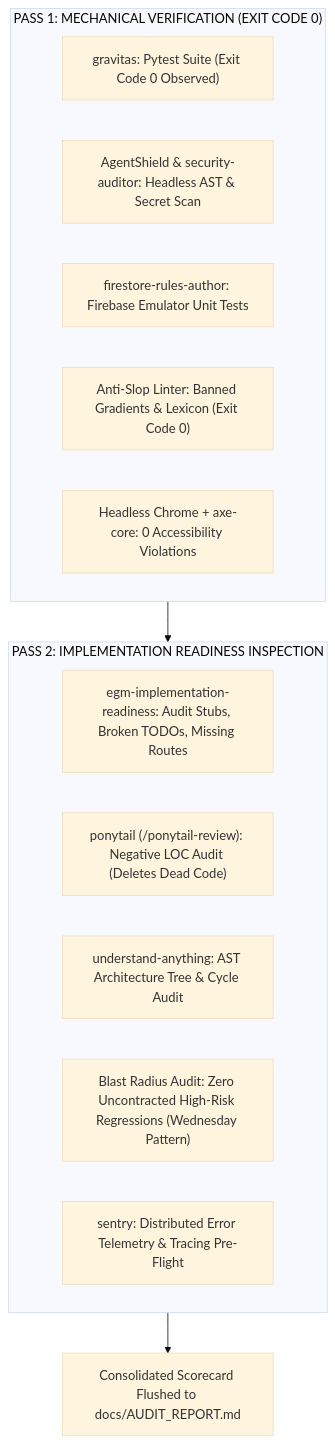
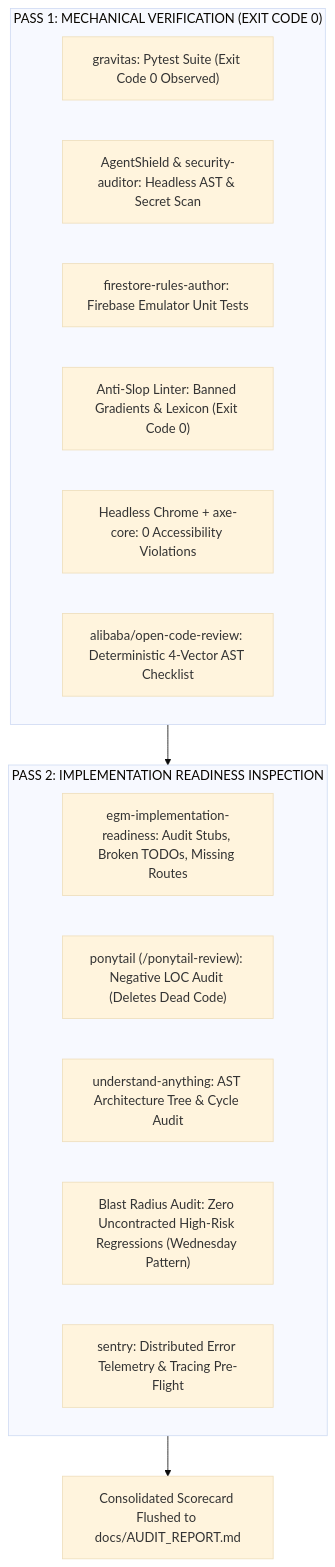
One commit to VihaanR/sprint-system changed the diagram in skills/phase-audit/SKILL.md. Above: the diagram before and after it, drawn with Mermaid (base theme). The commit also changed other lines of this file and 7 other files, not shown here.

Commit message:
feat(yagni): inline 6 community patterns (AG-UI, Heretic, Last30Days, SkillEvaluator, TradingSkills, OpenCodeReview) into core phases

````diff
--- a/skills/phase-audit/SKILL.md
+++ b/skills/phase-audit/SKILL.md
@@ -17,20 +17,21 @@
 ```mermaid
 flowchart TD
     subgraph P1["PASS 1: MECHANICAL VERIFICATION (EXIT CODE 0)"]
         M1["gravitas: Pytest Suite (Exit Code 0 Observed)"]
         M2["AgentShield & security-auditor: Headless AST & Secret Scan"]
         M3["firestore-rules-author: Firebase Emulator Unit Tests"]
         M4["Anti-Slop Linter: Banned Gradients & Lexicon (Exit Code 0)"]
         M5["Headless Chrome + axe-core: 0 Accessibility Violations"]
+        M6["alibaba/open-code-review: Deterministic 4-Vector AST Checklist"]
     end
 
     subgraph P2["PASS 2: IMPLEMENTATION READINESS INSPECTION"]
         R1["egm-implementation-readiness: Audit Stubs, Broken TODOs, Missing Routes"]
         R2["ponytail (/ponytail-review): Negative LOC Audit (Deletes Dead Code)"]
         R3["understand-anything: AST Architecture Tree & Cycle Audit"]
         R4["Blast Radius Audit: Zero Uncontracted High-Risk Regressions (Wednesday Pattern)"]
         R5["sentry: Distributed Error Telemetry & Tracing Pre-Flight"]
     end
 
     P1 --> P2 --> SCORE["Consolidated Scorecard Flushed to docs/AUDIT_REPORT.md"]
 ```
````
